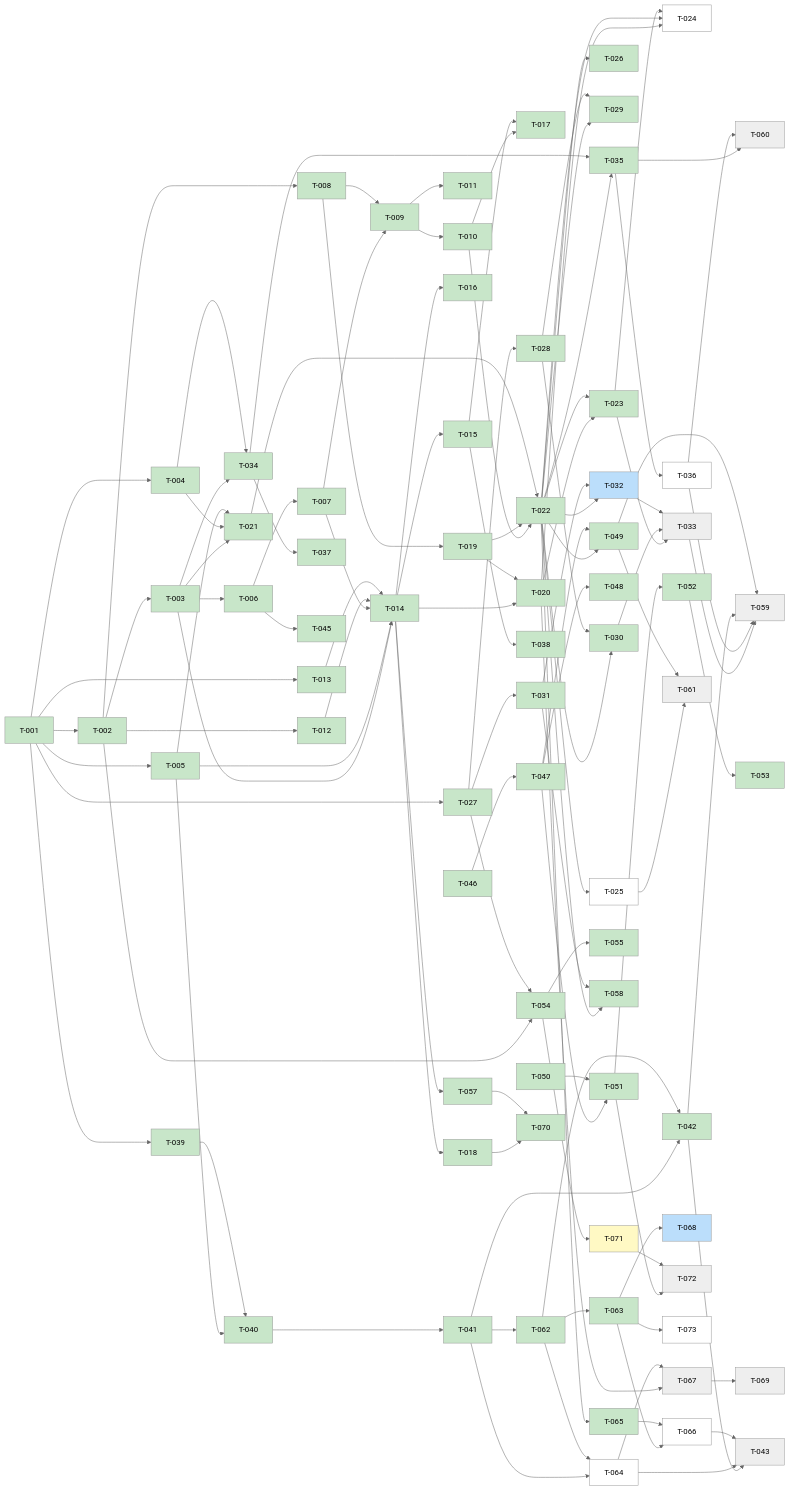
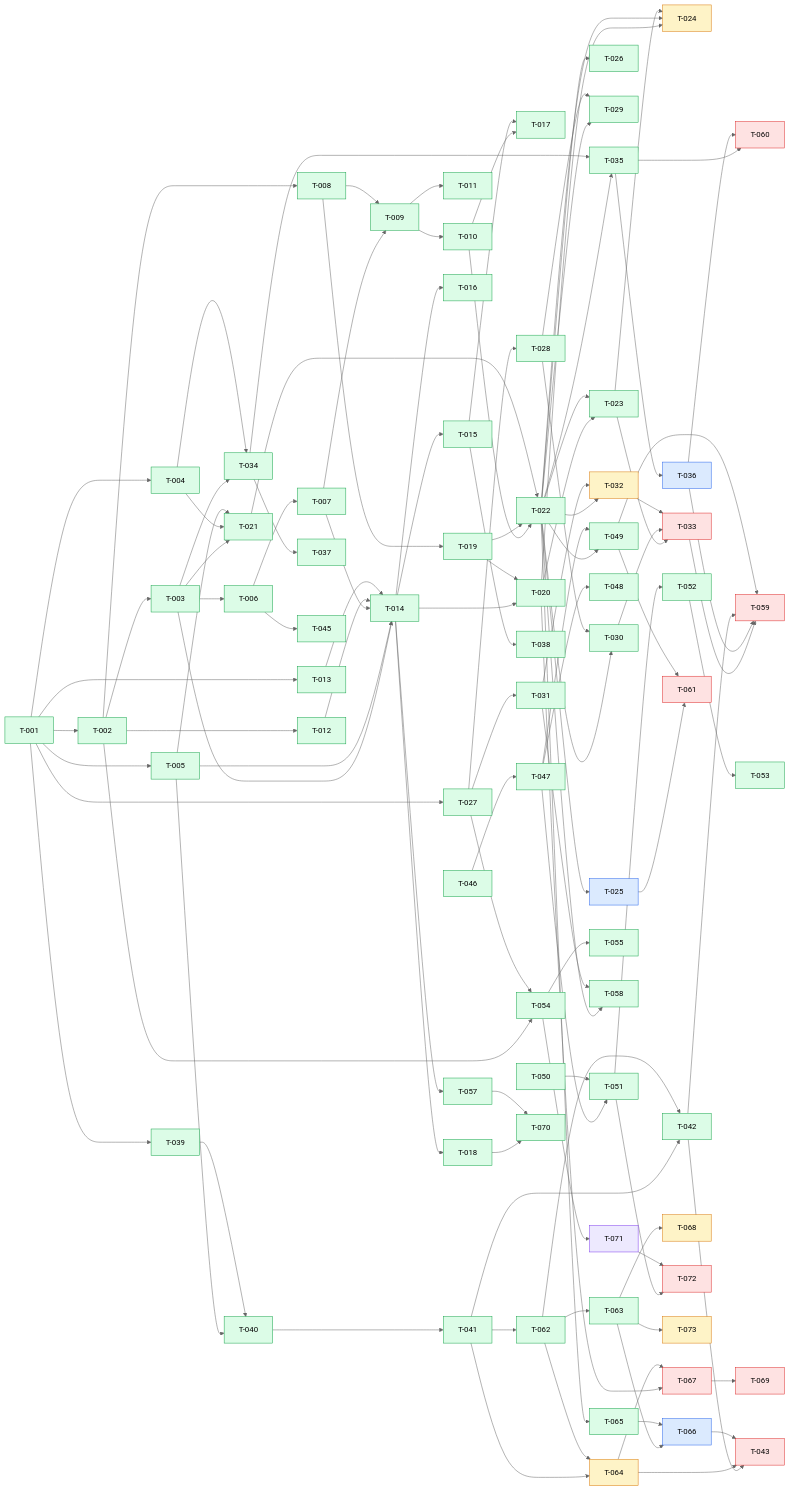
Before and after one commit to scholtz/biatec-chat: the diagram in kanban/BOARD.md, drawn with Mermaid (neutral theme). The commit also changed other lines of this file and 3 other files, not shown here.

````diff
--- a/kanban/BOARD.md
+++ b/kanban/BOARD.md
@@ -216,14 +216,83 @@
   T051[T-051] --> T072[T-072]
   T071[T-071] --> T072[T-072]
   T063[T-063] --> T073[T-073]
-  classDef done fill:#c8e6c9
-  classDef review fill:#fff9c4
-  classDef inprogress fill:#bbdefb
-  classDef backlog fill:#ffffff
-  classDef blocked fill:#eeeeee
-  class T001,T002,T003,T004,T005,T006,T007,T008,T009,T010,T011,T012,T013,T014,T015,T016,T017,T018,T019,T020,T021,T022,T023,T026,T027,T028,T029,T030,T031,T034,T035,T037,T038,T039,T040,T041,T042,T044,T045,T046,T047,T048,T049,T050,T051,T052,T053,T054,T055,T056,T057,T058,T062,T063,T065,T070 done
+  classDef backlog fill:#dbeafe,stroke:#2563eb
+  classDef prog fill:#fef3c7,stroke:#d97706
+  classDef blocked fill:#fee2e2,stroke:#dc2626
+  classDef review fill:#ede9fe,stroke:#7c3aed
+  classDef done fill:#dcfce7,stroke:#16a34a
+  class T001 done
+  class T002 done
+  class T003 done
+  class T004 done
+  class T005 done
+  class T006 done
+  class T007 done
+  class T008 done
+  class T009 done
+  class T010 done
+  class T011 done
+  class T012 done
+  class T013 done
+  class T014 done
+  class T015 done
+  class T016 done
+  class T017 done
+  class T018 done
+  class T019 done
+  class T020 done
+  class T021 done
+  class T022 done
+  class T023 done
+  class T024 prog
+  class T025 backlog
+  class T026 done
+  class T027 done
+  class T028 done
+  class T029 done
+  class T030 done
+  class T031 done
+  class T032 prog
+  class T033 blocked
+  class T034 done
+  class T035 done
+  class T036 backlog
+  class T037 done
+  class T038 done
+  class T039 done
+  class T040 done
+  class T041 done
+  class T042 done
+  class T043 blocked
+  class T044 done
+  class T045 done
+  class T046 done
+  class T047 done
+  class T048 done
+  class T049 done
+  class T050 done
+  class T051 done
+  class T052 done
+  class T053 done
+  class T054 done
+  class T055 done
+  class T056 done
+  class T057 done
+  class T058 done
+  class T059 blocked
+  class T060 blocked
+  class T061 blocked
+  class T062 done
+  class T063 done
+  class T064 prog
+  class T065 done
+  class T066 backlog
+  class T067 blocked
+  class T068 prog
+  class T069 blocked
+  class T070 done
   class T071 review
-  class T032,T068 inprogress
-  class T024,T036,T064,T025,T066,T073 backlog
-  class T033,T059,T043,T072,T060,T061,T067,T069 blocked
+  class T072 blocked
+  class T073 prog
+
 ```
````
